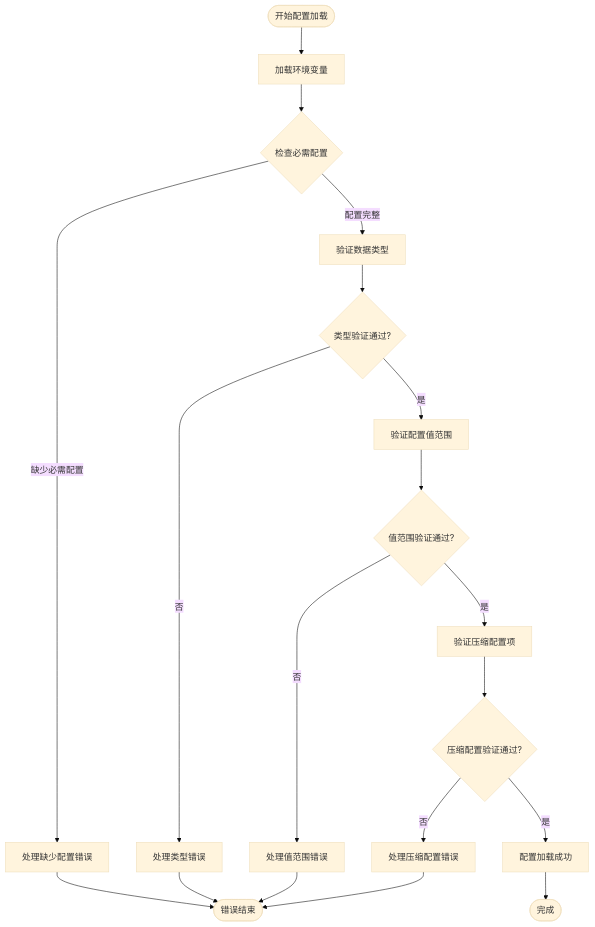
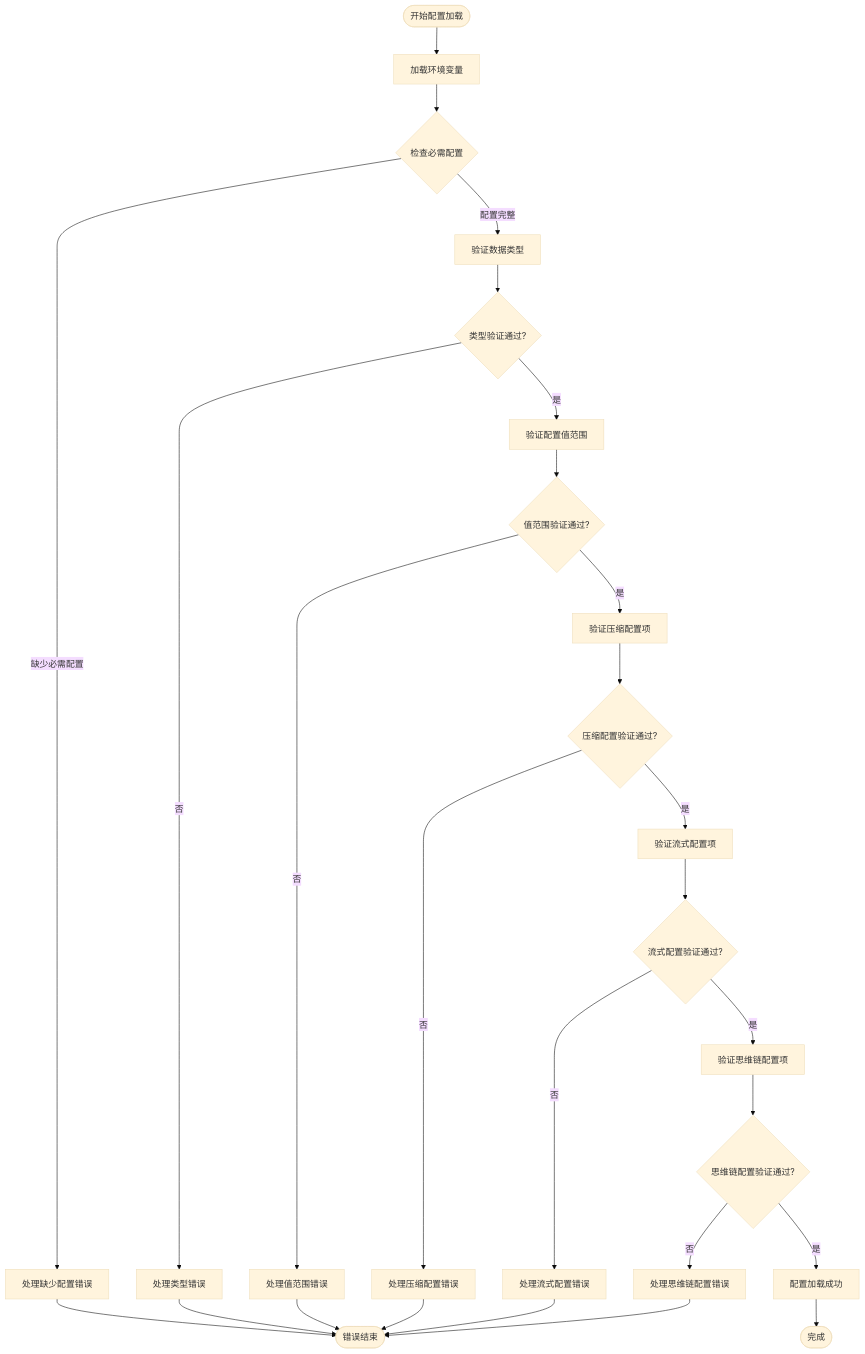
Before and after one commit to 250shiwo/MySmallAgent: the fifth of 7 diagrams in .qoder/repowiki/zh/content/核心模块详解/配置管理系统.md, drawn with Mermaid (base theme). The commit also changed other lines of this file and 28 other files, not shown here.

````diff
--- a/.qoder/repowiki/zh/content/核心模块详解/配置管理系统.md
+++ b/.qoder/repowiki/zh/content/核心模块详解/配置管理系统.md
@@ -260,21 +264,29 @@
 ```mermaid
 flowchart TD
 Start([开始配置加载]) --> LoadEnv["加载环境变量"]
 LoadEnv --> CheckRequired{"检查必需配置"}
 CheckRequired --> |缺少必需配置| HandleMissing["处理缺少配置错误"]
 CheckRequired --> |配置完整| ValidateTypes["验证数据类型"]
 ValidateTypes --> TypeValid{"类型验证通过?"}
 TypeValid --> |否| HandleTypeErr["处理类型错误"]
 TypeValid --> |是| ValidateValues["验证配置值范围"]
 ValidateValues --> ValueValid{"值范围验证通过?"}
 ValueValid --> |否| HandleValueErr["处理值范围错误"]
 ValueValid --> |是| ValidateCompressionFields["验证压缩配置项"]
 ValidateCompressionFields --> CompressionValid{"压缩配置验证通过?"}
 CompressionValid --> |否| HandleCompressionErr["处理压缩配置错误"]
-CompressionValid --> |是| Success["配置加载成功"]
+CompressionValid --> |是| ValidateStreamingFields["验证流式配置项"]
+ValidateStreamingFields --> StreamingValid{"流式配置验证通过?"}
+StreamingValid --> |否| HandleStreamingErr["处理流式配置错误"]
+StreamingValid --> |是| ValidateThinkingFields["验证思维链配置项"]
+ValidateThinkingFields --> ThinkingValid{"思维链配置验证通过?"}
+ThinkingValid --> |否| HandleThinkingErr["处理思维链配置错误"]
+ThinkingValid --> |是| Success["配置加载成功"]
 HandleMissing --> ErrorEnd([错误结束])
 HandleTypeErr --> ErrorEnd
 HandleValueErr --> ErrorEnd
 HandleCompressionErr --> ErrorEnd
+HandleStreamingErr --> ErrorEnd
+HandleThinkingErr --> ErrorEnd
 Success --> End([完成])
 ```
````
